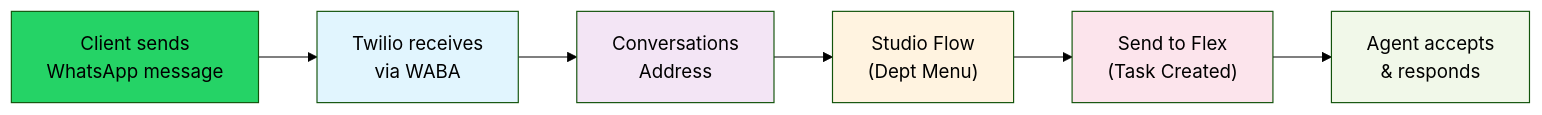
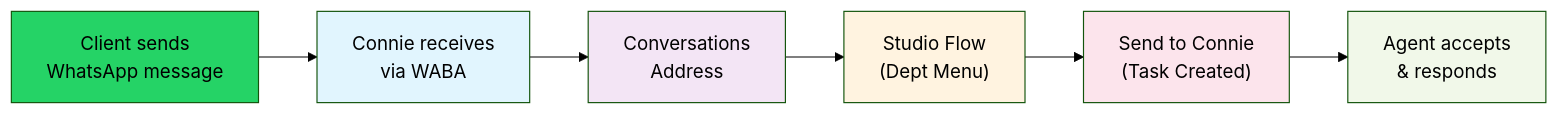
The first of 2 diagrams in docs/end-users/administrators/channels/social-media/whatsapp/index.md (ConnieML/docs.connie), drawn with Mermaid (forest theme) before and after one commit. The commit also changed other lines of this file and 2 other files, not shown here.

First line of the commit message:
docs: Rebrand Flex/Twilio references to Connie across social media guides

````diff
--- a/docs/end-users/administrators/channels/social-media/whatsapp/index.md
+++ b/docs/end-users/administrators/channels/social-media/whatsapp/index.md
@@ -17,15 +17,15 @@
 ```mermaid
 flowchart LR
-    A["Client sends\nWhatsApp message"] --> B["Twilio receives\nvia WABA"]
+    A["Client sends\nWhatsApp message"] --> B["Connie receives\nvia WABA"]
     B --> C["Conversations\nAddress"]
     C --> D["Studio Flow\n(Dept Menu)"]
-    D --> E["Send to Flex\n(Task Created)"]
+    D --> E["Send to Connie\n(Task Created)"]
     E --> F["Agent accepts\n& responds"]
 
     style A fill:#25D366
     style B fill:#e1f5fe
     style C fill:#f3e5f5
     style D fill:#fff3e0
     style E fill:#fce4ec
     style F fill:#f1f8e9
 ```
````
